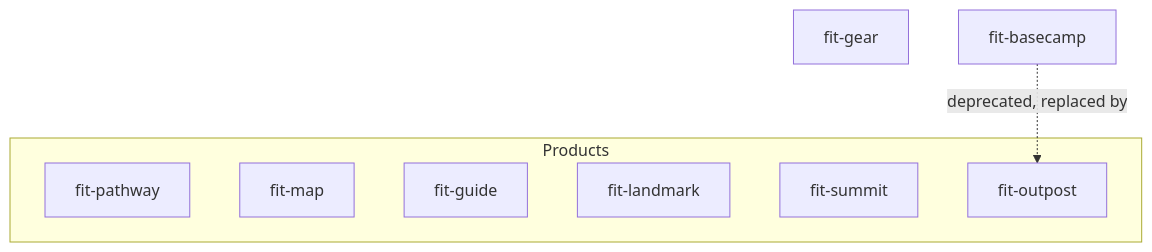
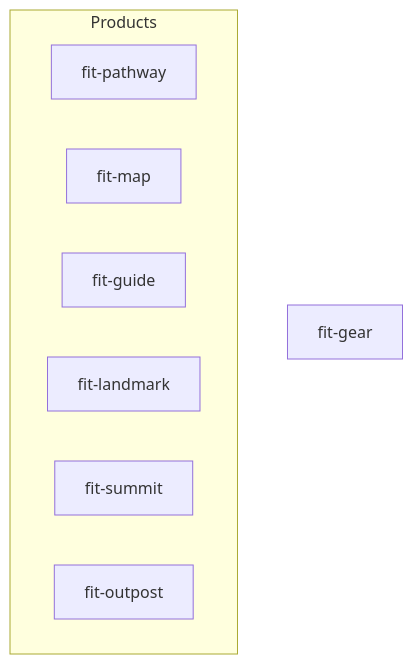
Before and after one commit to forwardimpact/pathway: the diagram in specs/740-seed-homebrew-tap/design-a.md, drawn with Mermaid. The commit also changed other lines of this file and 2 other files, not shown here.

First line of the commit message:
fix: remove deprecated fit-basecamp cask from spec 740

````diff
--- a/specs/740-seed-homebrew-tap/design-a.md
+++ b/specs/740-seed-homebrew-tap/design-a.md
@@ -19,13 +19,12 @@
 ```mermaid
 graph TD
     subgraph Products
         pathway[fit-pathway]
         map[fit-map]
         guide[fit-guide]
         landmark[fit-landmark]
         summit[fit-summit]
         outpost[fit-outpost]
     end
     gear[fit-gear]
-    basecamp[fit-basecamp] -.->|deprecated, replaced by| outpost
 ```
````
